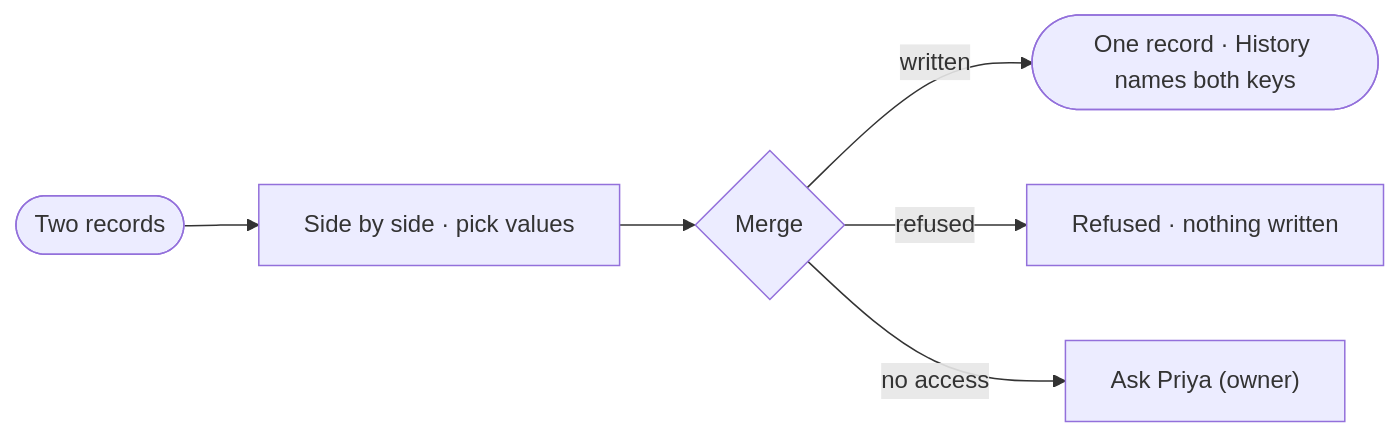
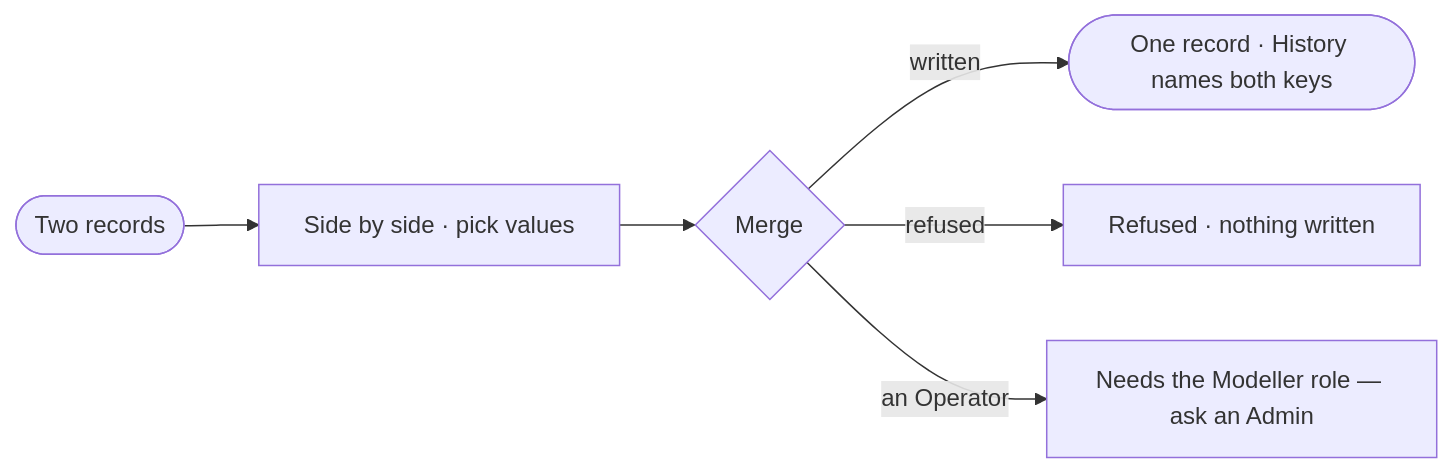
Before and after one commit to invana/invana: the diagram in specs/capabilities/records/features/RC-F05-merge-duplicates/stories/RC-04-merge-two-records-that-are-one/story.md, drawn with Mermaid. The commit also changed other lines of this file and 300 other files, not shown here.

````diff
--- a/specs/capabilities/records/features/RC-F05-merge-duplicates/stories/RC-04-merge-two-records-that-are-one/story.md
+++ b/specs/capabilities/records/features/RC-F05-merge-duplicates/stories/RC-04-merge-two-records-that-are-one/story.md
@@ -25,7 +27,7 @@
 ```mermaid
 flowchart LR
   a([Two records]) --> s[Side by side · pick values] --> m{Merge}
   m -->|written| ok([One record · History names both keys])
   m -->|refused| no[Refused · nothing written]
-  m -->|no access| x["Ask Priya (owner)"]
+  m -->|an Operator| x["Needs the Modeller role — ask an Admin"]
 ```
````
